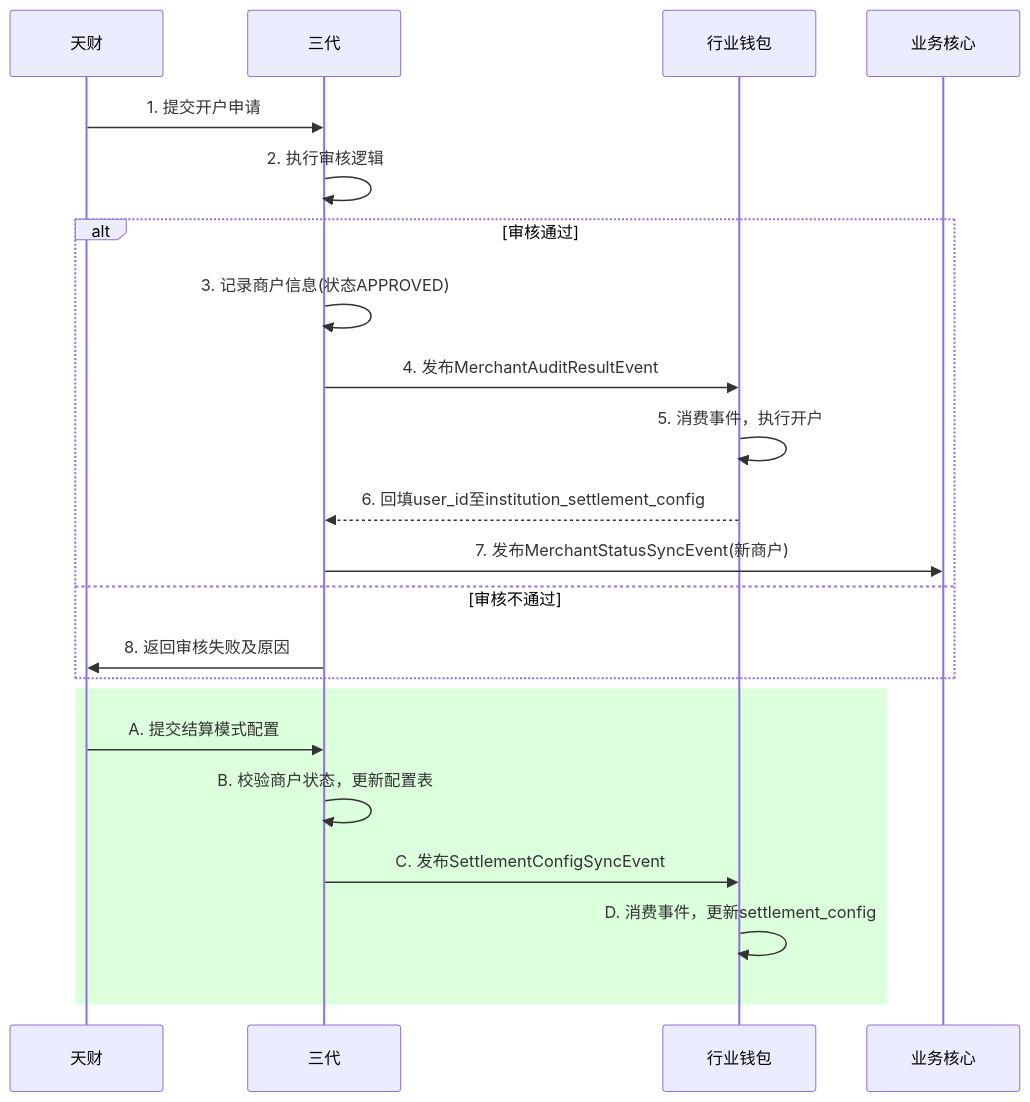
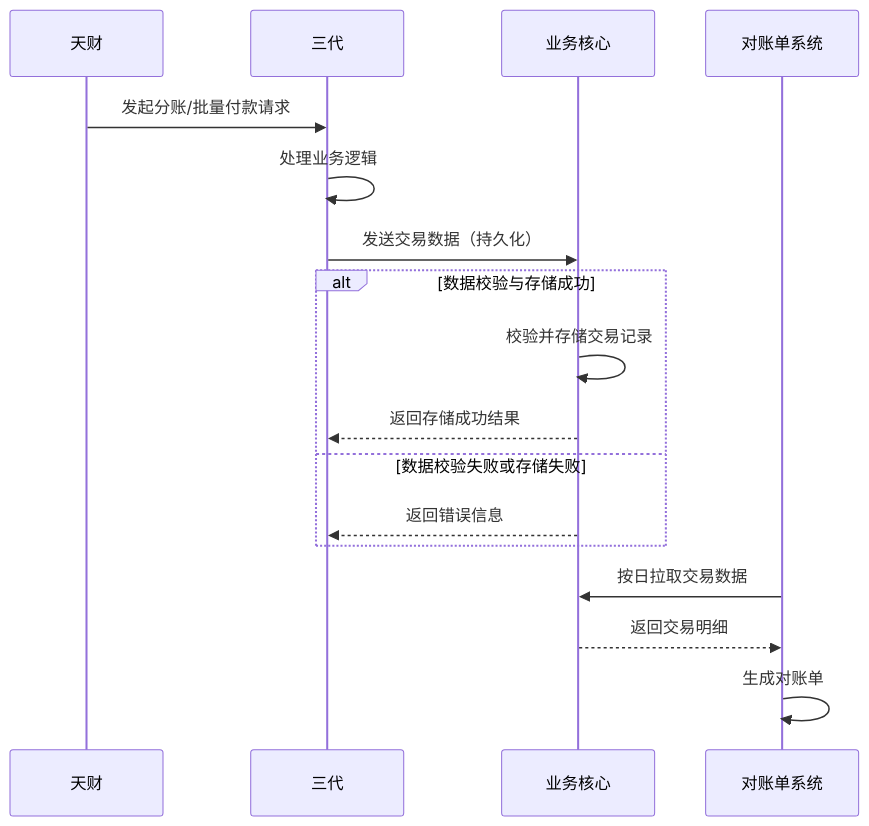
One commit to youzi211/AiCoding changed diagram 16 of 24 in data/天财分账需求/gpt-5.2/output/final_design_document.md. Above: the diagram before and after it, drawn with Mermaid. The commit also changed other lines of this file and 41 other files, not shown here.

````diff
--- a/data/天财分账需求/gpt-5.2/output/final_design_document.md
+++ b/data/天财分账需求/gpt-5.2/output/final_design_document.md
@@ -1413,26 +1442,20 @@
 ```mermaid
 sequenceDiagram
-    participant 天财 as 天财
-    participant 三代 as 三代
-    participant 行业钱包 as 行业钱包
-    participant 业务核心 as 业务核心
+    participant 天财
+    participant 三代
+    participant 业务核心
+    participant 对账单系统
 
-    天财->>三代: 1. 提交开户申请
-    三代->>三代: 2. 执行审核逻辑
-    alt 审核通过
-        三代->>三代: 3. 记录商户信息(状态APPROVED)
-        三代->>行业钱包: 4. 发布MerchantAuditResultEvent
-        行业钱包->>行业钱包: 5. 消费事件，执行开户
-        行业钱包-->>三代: 6. 回填user_id至institution_settlement_config
-        三代->>业务核心: 7. 发布MerchantStatusSyncEvent(新商户)
-    else 审核不通过
-        三代->>天财: 8. 返回审核失败及原因
+    天财->>三代: 发起分账/批量付款请求
+    三代->>三代: 处理业务逻辑
+    三代->>业务核心: 发送交易数据（持久化）
+    alt 数据校验与存储成功
+        业务核心->>业务核心: 校验并存储交易记录
+        业务核心-->>三代: 返回存储成功结果
+    else 数据校验失败或存储失败
+        业务核心-->>三代: 返回错误信息
     end
-
-    rect rgb(220, 255, 220)
-        天财->>三代: A. 提交结算模式配置
-        三代->>三代: B. 校验商户状态，更新配置表
-        三代->>行业钱包: C. 发布SettlementConfigSyncEvent
-        行业钱包->>行业钱包: D. 消费事件，更新settlement_config
-    end
+    对账单系统->>业务核心: 按日拉取交易数据
+    业务核心-->>对账单系统: 返回交易明细
+    对账单系统->>对账单系统: 生成对账单
 ```
````
